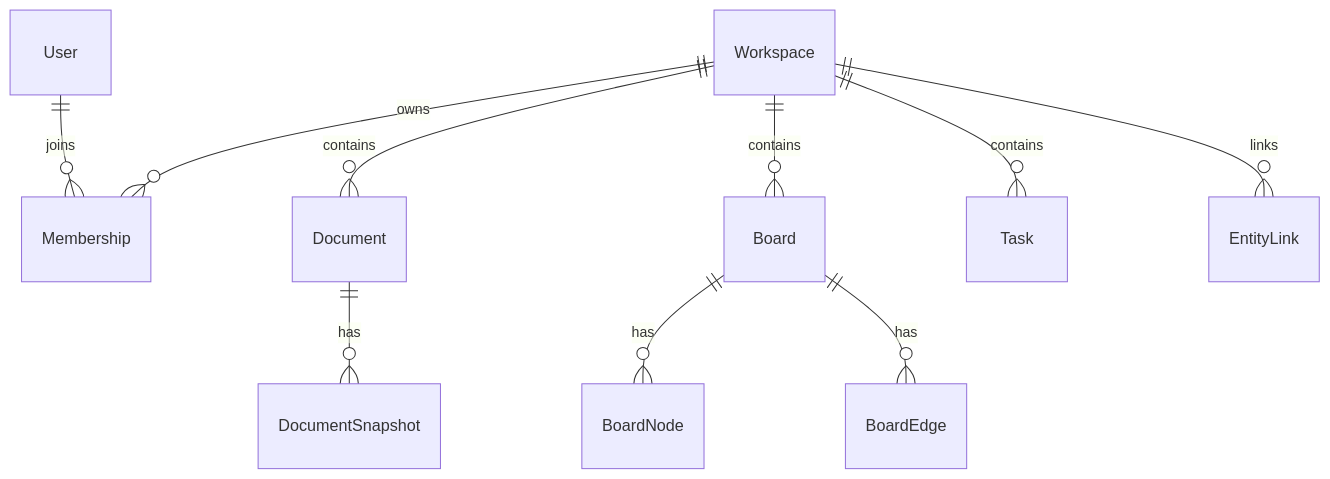
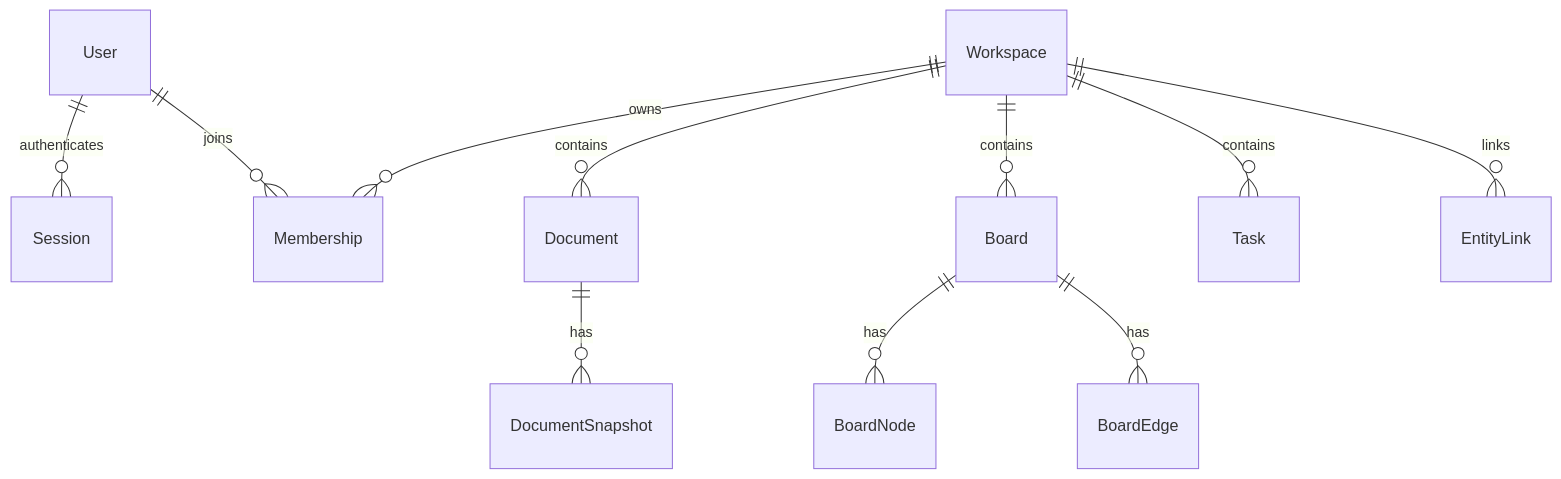
One commit to muddyrain/weavefield changed the diagram in docs/DATA_MODEL.md. Above: the diagram before and after it, drawn with Mermaid. The commit also changed other lines of this file and 40 other files, not shown here.

````diff
--- a/docs/DATA_MODEL.md
+++ b/docs/DATA_MODEL.md
@@ -7,12 +7,13 @@
 ```mermaid
  erDiagram
+  User ||--o{ Session : authenticates
   User ||--o{ Membership : joins
   Workspace ||--o{ Membership : owns
   Workspace ||--o{ Document : contains
   Workspace ||--o{ Board : contains
   Workspace ||--o{ Task : contains
   Workspace ||--o{ EntityLink : links
   Document ||--o{ DocumentSnapshot : has
   Board ||--o{ BoardNode : has
   Board ||--o{ BoardEdge : has
 ```
````
